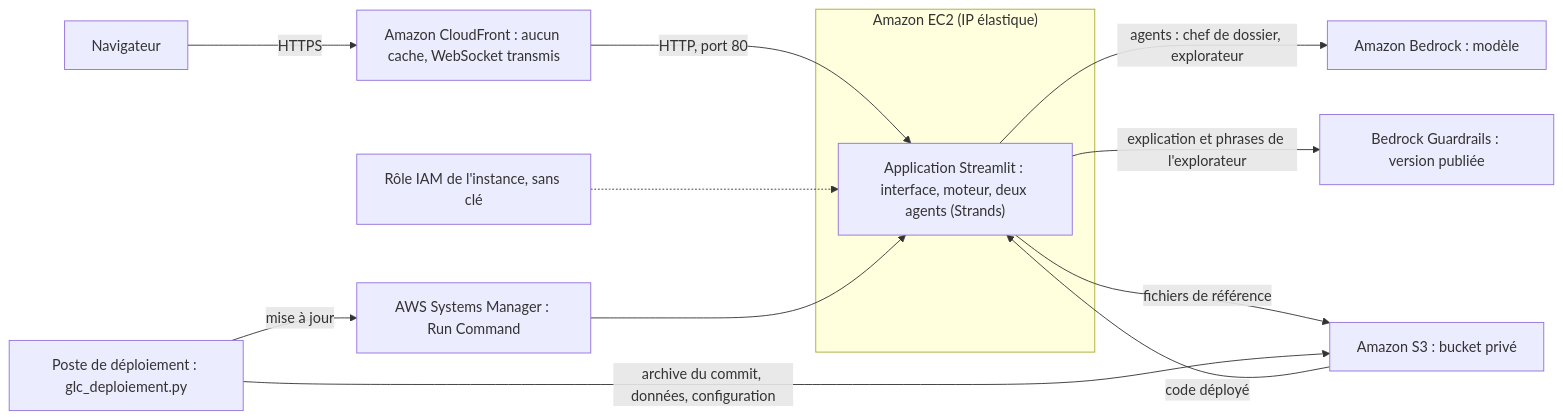
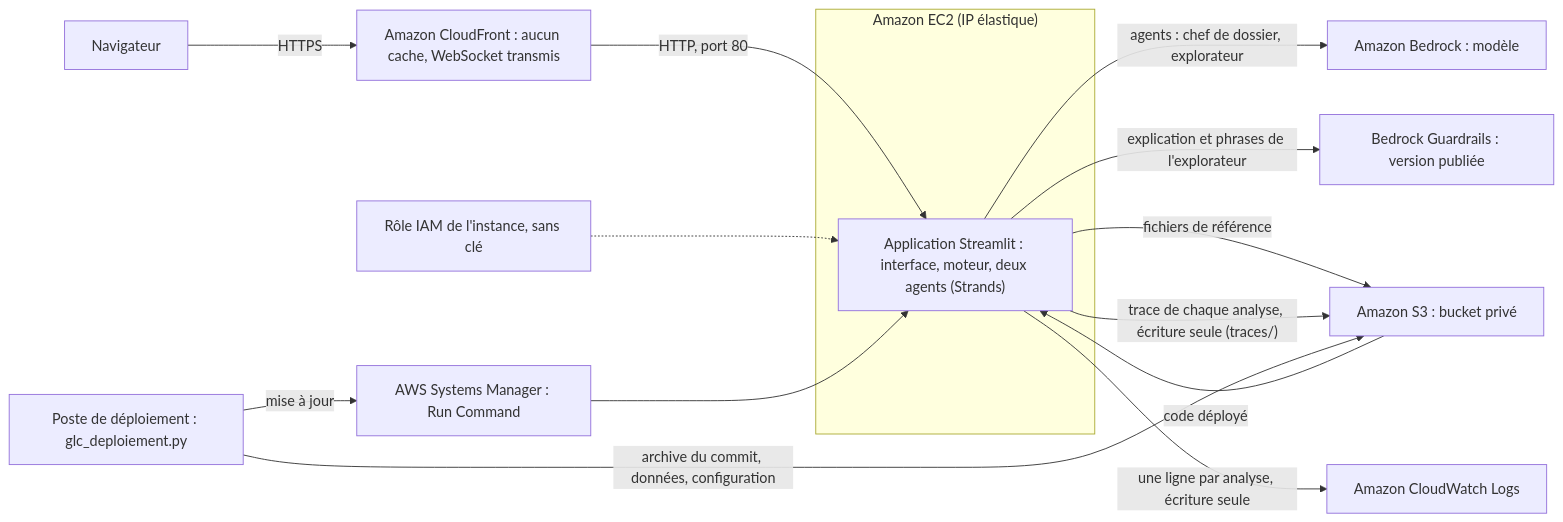
One commit to rrramoe/garder-le-cap changed the second of 2 diagrams in README.md. Above: the diagram before and after it, drawn with Mermaid. The commit also changed other lines of this file and 1 other file, not shown here.

Commit message:
docs: le service s'appelle Sigma; dépôt sigma; traces des analyses dans S3 et CloudWatch Logs

````diff
--- a/README.md
+++ b/README.md
@@ -155,16 +158,18 @@
 ```mermaid
 flowchart LR
     N["Navigateur"] -->|"HTTPS"| CF["Amazon CloudFront : aucun cache, WebSocket transmis"]
     CF -->|"HTTP, port 80"| A
     subgraph EC2["Amazon EC2 (IP élastique)"]
         A["Application Streamlit : interface, moteur, deux agents (Strands)"]
     end
     R["Rôle IAM de l'instance, sans clé"] -.-> A
     A -->|"agents : chef de dossier, explorateur"| B["Amazon Bedrock : modèle"]
     A -->|"explication et phrases de l'explorateur"| G["Bedrock Guardrails : version publiée"]
     A -->|"fichiers de référence"| S["Amazon S3 : bucket privé"]
+    A -->|"trace de chaque analyse, écriture seule (traces/)"| S
+    A -->|"une ligne par analyse, écriture seule"| L["Amazon CloudWatch Logs"]
     D["Poste de déploiement : glc_deploiement.py"] -->|"archive du commit, données, configuration"| S
     D -->|"mise à jour"| M["AWS Systems Manager : Run Command"]
     M --> A
     S -->|"code déployé"| A
 ```
````
